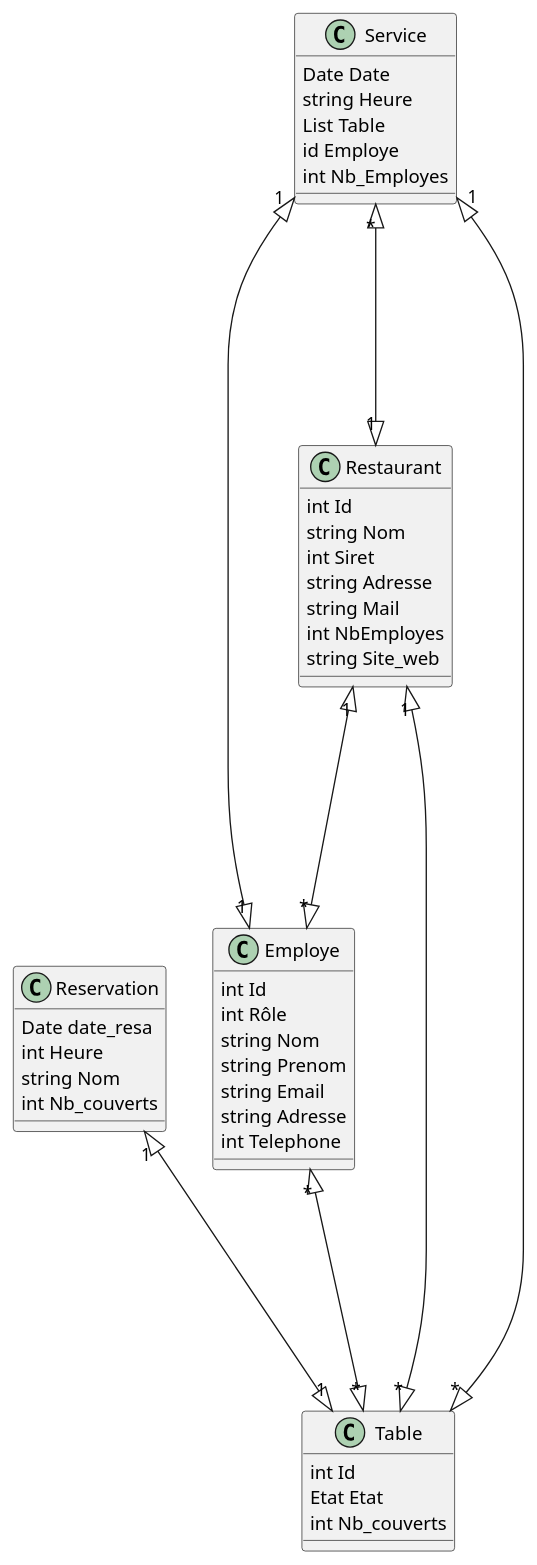
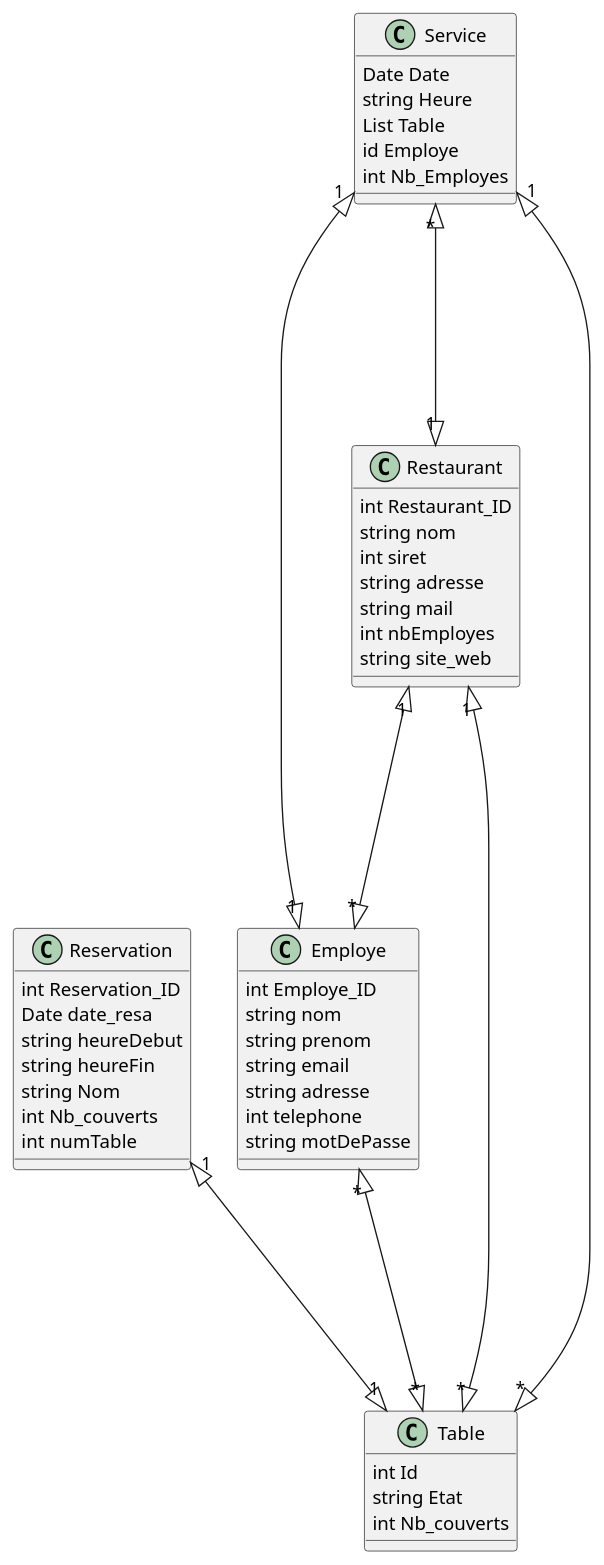
One commit to GJoanne/FluidService changed the diagram in Diagramme.puml. Above: the diagram before and after it, drawn with PlantUML. The commit also changed 1424 other files, not shown here.

```diff
--- a/Diagramme.puml
+++ b/Diagramme.puml
@@ -1,46 +1,50 @@
 @startuml Mediatheque
 class  Restaurant {
-    int Id
-    string Nom
-    int Siret
-    string Adresse
-    string Mail 
-    int NbEmployes
-    string Site_web 
+    int Restaurant_ID
+    string nom
+    int siret
+    string adresse
+    string mail 
+    int nbEmployes
+    string site_web 
 }
 class Employe{
-    int Id
-    int Rôle 
-    string Nom
-    string Prenom 
-    string Email 
-    string Adresse 
-    int Telephone
+    int Employe_ID
+    string nom
+    string prenom 
+    string email 
+    string adresse 
+    int telephone
+    string motDePasse
 }
 class Reservation{
+    int Reservation_ID
     Date date_resa
-    int Heure 
+    string heureDebut
+    string heureFin
     string Nom 
     int Nb_couverts
+    int numTable
 }
 class Table {
     int Id 
-    Etat Etat 
+    string Etat 
     int Nb_couverts
+
 }
 class Service{
     Date Date
     string Heure
     List Table
     id Employe
     int Nb_Employes
 }
 
 Restaurant "1" <|----|> "*" Employe
 Table "*" <|----|> "1" Restaurant
 Employe "*" <|----|> "*" Table
 Reservation "1" <|----|> "1" Table
 Service "1" <|----|> "*" Table
 Service "1" <|----|> "1" Employe
 Service "*" <|----|> "1" Restaurant
 @enduml
```
